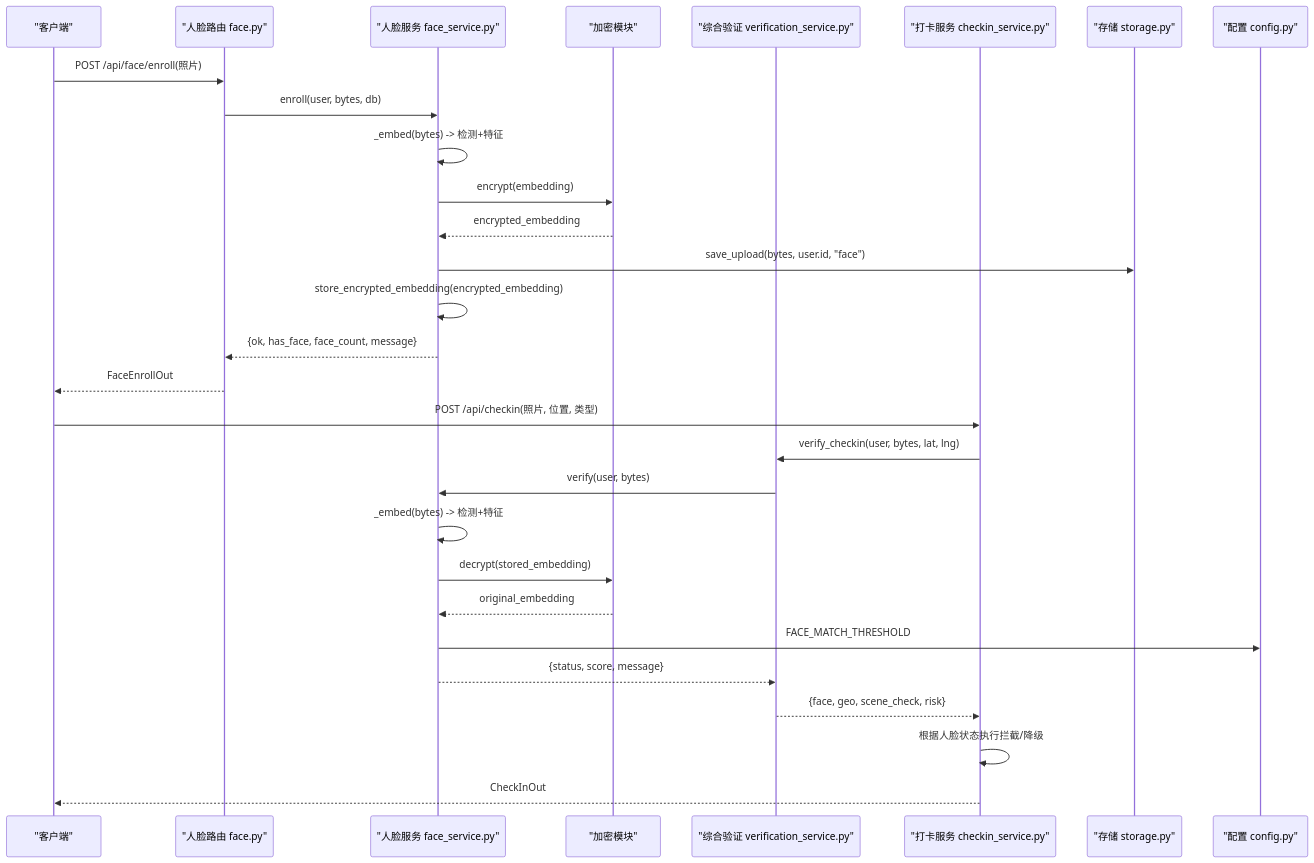
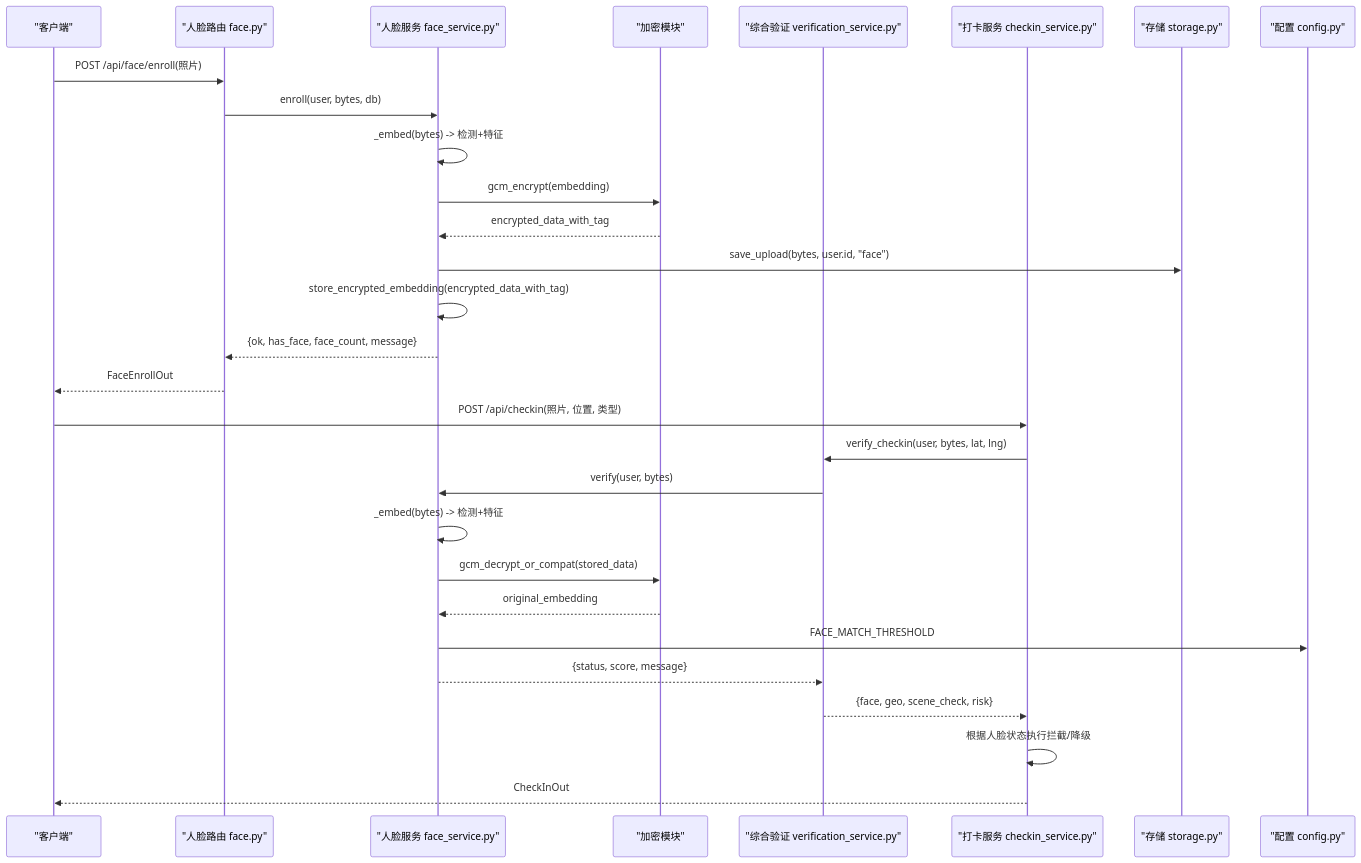
Before and after one commit to onebody/homework: the second of 5 diagrams in .qoder/repowiki/zh/content/暑假作业打卡系统/核心业务功能/人脸识别系统.md, drawn with Mermaid. The commit also changed other lines of this file and 28 other files, not shown here.

````diff
--- a/.qoder/repowiki/zh/content/暑假作业打卡系统/核心业务功能/人脸识别系统.md
+++ b/.qoder/repowiki/zh/content/暑假作业打卡系统/核心业务功能/人脸识别系统.md
@@ -154,31 +157,31 @@
 ```mermaid
 sequenceDiagram
 participant Client as "客户端"
 participant Router as "人脸路由 face.py"
 participant Service as "人脸服务 face_service.py"
 participant Crypto as "加密模块"
 participant Verify as "综合验证 verification_service.py"
 participant Checkin as "打卡服务 checkin_service.py"
 participant Storage as "存储 storage.py"
 participant Config as "配置 config.py"
 Client->>Router : POST /api/face/enroll(照片)
 Router->>Service : enroll(user, bytes, db)
 Service->>Service : _embed(bytes) -> 检测+特征
-Service->>Crypto : encrypt(embedding)
-Crypto-->>Service : encrypted_embedding
+Service->>Crypto : gcm_encrypt(embedding)
+Crypto-->>Service : encrypted_data_with_tag
 Service->>Storage : save_upload(bytes, user.id, "face")
-Service->>Service : store_encrypted_embedding(encrypted_embedding)
+Service->>Service : store_encrypted_embedding(encrypted_data_with_tag)
 Service-->>Router : {ok, has_face, face_count, message}
 Router-->>Client : FaceEnrollOut
 Client->>Checkin : POST /api/checkin(照片, 位置, 类型)
 Checkin->>Verify : verify_checkin(user, bytes, lat, lng)
 Verify->>Service : verify(user, bytes)
 Service->>Service : _embed(bytes) -> 检测+特征
-Service->>Crypto : decrypt(stored_embedding)
+Service->>Crypto : gcm_decrypt_or_compat(stored_data)
 Crypto-->>Service : original_embedding
 Service->>Config : FACE_MATCH_THRESHOLD
 Service-->>Verify : {status, score, message}
 Verify-->>Checkin : {face, geo, scene_check, risk}
 Checkin->>Checkin : 根据人脸状态执行拦截/降级
 Checkin-->>Client : CheckInOut
 ```
````
